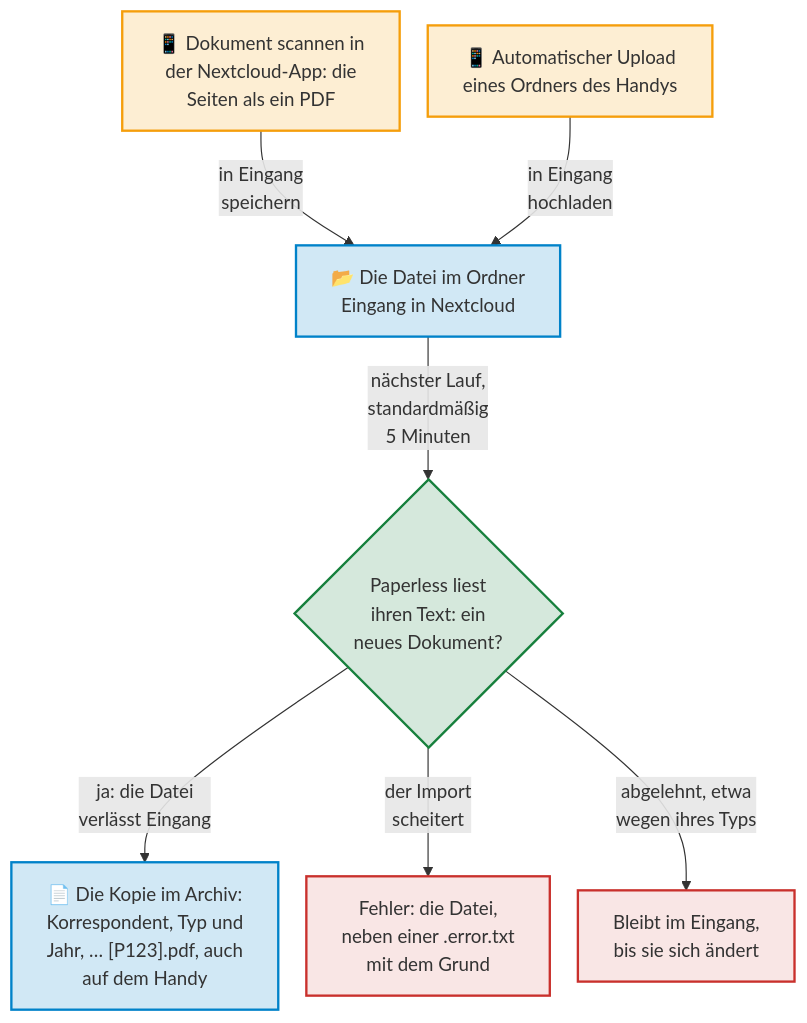
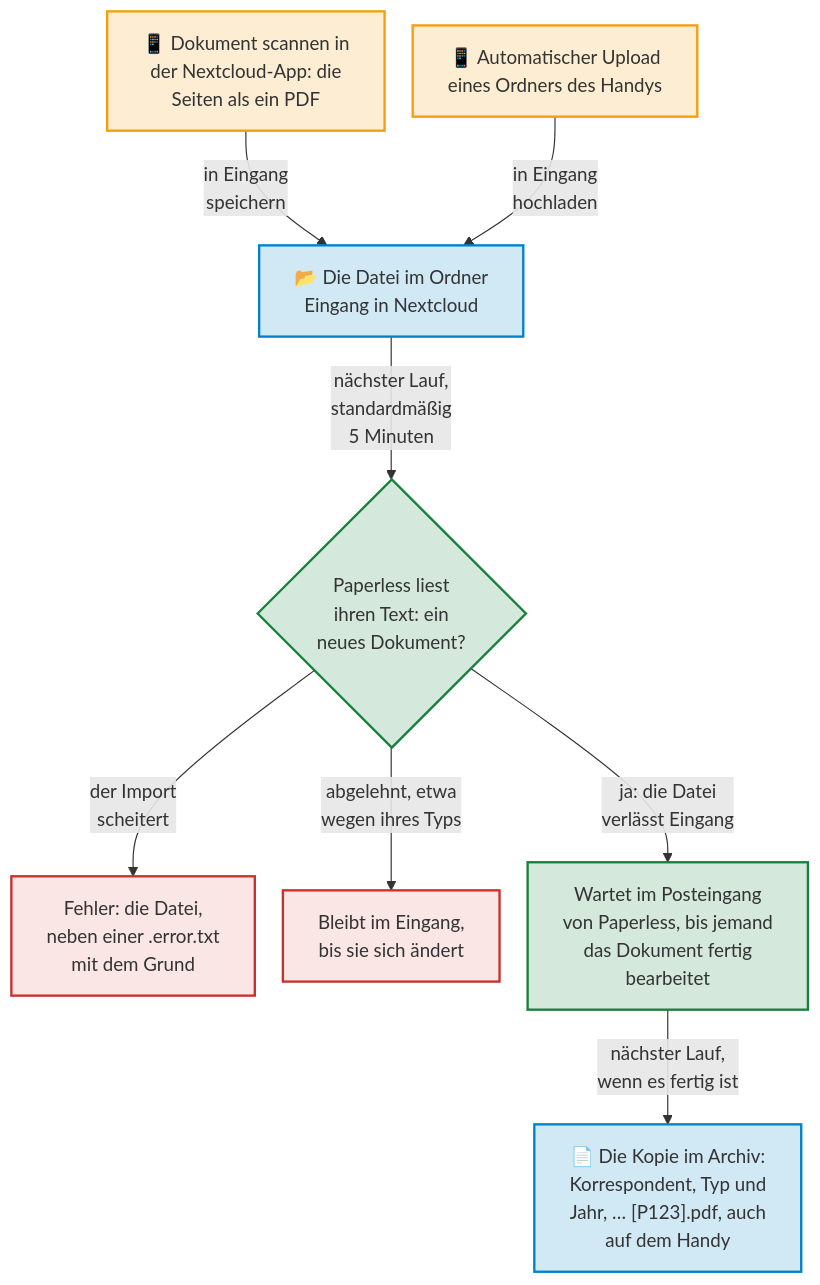
The diagram in docs/diagrams/how-a-scan-on-the-phone-reaches-paperless.de.mmd (Dennis-Otto/paperless-sync), drawn with Mermaid before and after one commit. The commit also changed 8 other files, not shown here.

First line of the commit message:
docs: say that a scan reaches the archive once Paperless has finished it

```diff
--- a/docs/diagrams/how-a-scan-on-the-phone-reaches-paperless.de.mmd
+++ b/docs/diagrams/how-a-scan-on-the-phone-reaches-paperless.de.mmd
@@ -1,32 +1,34 @@
 ---
 config:
   flowchart:
     nodeSpacing: 24
 ---
 flowchart TB
     accTitle: Wie ein Scan auf dem Handy zu Paperless kommt
-    accDescr: Auf dem Handy speichert der Scanner der Nextcloud-App die Seiten als PDF in den Ordner Eingang, oder der automatische Upload der App bringt eine Datei aus einem Ordner des Handys dorthin. Mit dem nächsten Lauf von Paperless Sync, im Intervall, das die Administration eingestellt hat, standardmäßig 5 Minuten, geht die Datei an Paperless, das ihren Text liest und ein Dokument daraus macht. Importiert Paperless sie, verlässt die Datei den Eingang, und der nächste Lauf schreibt die Kopie des neuen Dokuments ins Archiv, in die Ordner seines Korrespondenten, seines Typs und seines Jahres, mit der Markierung seiner ID, wie [P123], im Namen; das Handy findet sie dort. Scheitert der Import, etwa bei einem Dokument, das Paperless schon hat, wandert die Datei in den Ordner Fehler, neben eine .error.txt mit dem Grund; eine Datei, die Paperless sofort ablehnt, etwa eine eines Typs, den es nicht annimmt, bleibt im Eingang, bis sie sich ändert. Deine Schritte sind orange, Nextcloud blau, Paperless-ngx grün und ein gescheiterter Import rot.
+    accDescr: Auf dem Handy speichert der Scanner der Nextcloud-App die Seiten als PDF in den Ordner Eingang, oder der automatische Upload der App bringt eine Datei aus einem Ordner des Handys dorthin. Mit dem nächsten Lauf von Paperless Sync, im Intervall, das die Administration eingestellt hat, standardmäßig 5 Minuten, geht die Datei an Paperless, das ihren Text liest und ein Dokument daraus macht. Importiert Paperless sie, verlässt die Datei den Eingang; sobald das Dokument auch den Posteingang von Paperless verlassen hat, wenn es dort jemand fertig bearbeitet hat, schreibt der nächste Lauf die Kopie des neuen Dokuments ins Archiv, in die Ordner seines Korrespondenten, seines Typs und seines Jahres, mit der Markierung seiner ID, wie [P123], im Namen; das Handy findet sie dort. Scheitert der Import, etwa bei einem beschädigten PDF, wandert die Datei in den Ordner Fehler, neben eine .error.txt mit dem Grund; eine Datei, die Paperless sofort ablehnt, etwa eine eines Typs, den es nicht annimmt, bleibt im Eingang, bis sie sich ändert. Deine Schritte sind orange, Nextcloud blau, Paperless-ngx grün und ein gescheiterter Import rot.
 
     scan["📱 Dokument scannen in<br>der Nextcloud-App: die<br>Seiten als ein PDF"]
     auto["📱 Automatischer Upload<br>eines Ordners des Handys"]
     inbox["📂 Die Datei im Ordner<br>Eingang in Nextcloud"]
     paperless{"Paperless liest<br>ihren Text: ein<br>neues Dokument?"}
     failed["Fehler: die Datei,<br>neben einer .error.txt<br>mit dem Grund"]
     refused["Bleibt im Eingang,<br>bis sie sich ändert"]
+    waiting["Wartet im Posteingang<br>von Paperless, bis jemand<br>das Dokument fertig<br>bearbeitet"]
     archive["📄 Die Kopie im Archiv:<br>Korrespondent, Typ und<br>Jahr, … [P123].pdf, auch<br>auf dem Handy"]
 
     scan -- "in Eingang<br>speichern" --> inbox
     auto -- "in Eingang<br>hochladen" --> inbox
     inbox -- "nächster Lauf,<br>standardmäßig<br>5 Minuten" --> paperless
-    paperless -- "ja: die Datei<br>verlässt Eingang" --> archive
+    paperless -- "ja: die Datei<br>verlässt Eingang" --> waiting
+    waiting -- "nächster Lauf,<br>wenn es fertig ist" --> archive
     paperless -- "der Import<br>scheitert" --> failed
     paperless -- "abgelehnt, etwa<br>wegen ihres Typs" --> refused
 
     classDef yours fill:#f59e0b2e,stroke:#f59e0b,stroke-width:2px
     classDef nextcloud fill:#0082c92e,stroke:#0082c9,stroke-width:2px
     classDef paperless fill:#17803d2e,stroke:#17803d,stroke-width:2px
     classDef refused fill:#c9302c1f,stroke:#c9302c,stroke-width:2px
     class scan,auto yours
     class inbox,archive nextcloud
-    class paperless paperless
+    class paperless,waiting paperless
     class failed,refused refused
```
